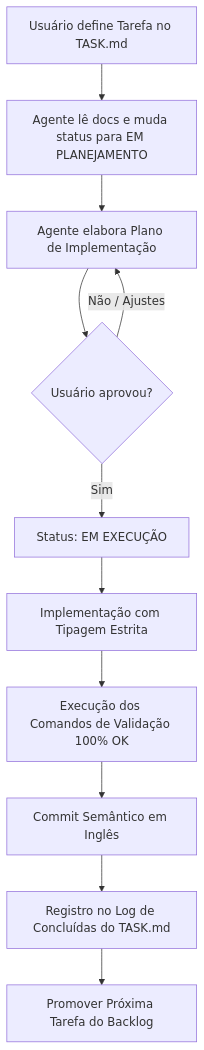
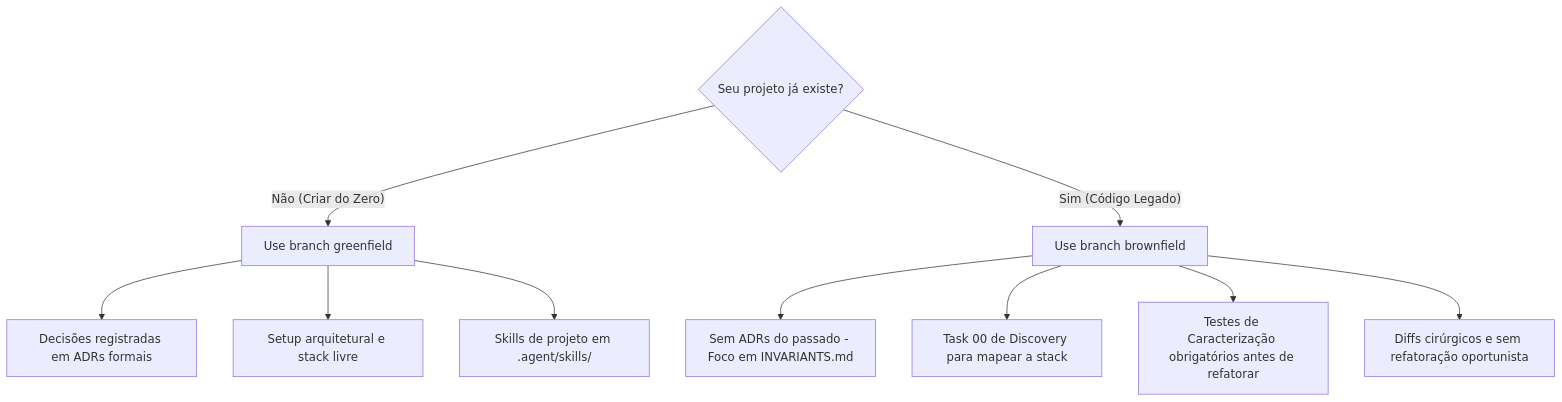
The diagram in README.md (ye-sandbox/template-agent), drawn with Mermaid before and after one commit. The commit also changed other lines of this file and 9 other files, not shown here.

````diff
--- a/README.md
+++ b/README.md
@@ -70,13 +70,14 @@
 ```mermaid
 graph TD
-    A[Usuário define Tarefa no TASK.md] --> B[Agente lê docs e muda status para EM PLANEJAMENTO]
-    B --> C[Agente elabora Plano de Implementação]
-    C --> D{Usuário aprovou?}
-    D -- Não / Ajustes --> C
-    D -- Sim --> E[Status: EM EXECUÇÃO]
-    E --> F[Implementação com Tipagem Estrita]
-    F --> G[Execução dos Comandos de Validação 100% OK]
-    G --> H[Commit Semântico em Inglês]
-    H --> I[Registro no Log de Concluídas do TASK.md]
-    I --> J[Promover Próxima Tarefa do Backlog]
+    A{Seu projeto já existe?}
+    A -- Não (Criar do Zero) --> B[Use branch greenfield]
+    B --> B1[Decisões registradas em ADRs formais]
+    B --> B2[Setup arquitetural e stack livre]
+    B --> B3[Skills de projeto em .agent/skills/]
+
+    A -- Sim (Código Legado) --> C[Use branch brownfield]
+    C --> C1[Sem ADRs do passado - Foco em INVARIANTS.md]
+    C --> C2[Task 00 de Discovery para mapear a stack]
+    C --> C3[Testes de Caracterização obrigatórios antes de refatorar]
+    C --> C4[Diffs cirúrgicos e sem refatoração oportunista]
 ```
````
